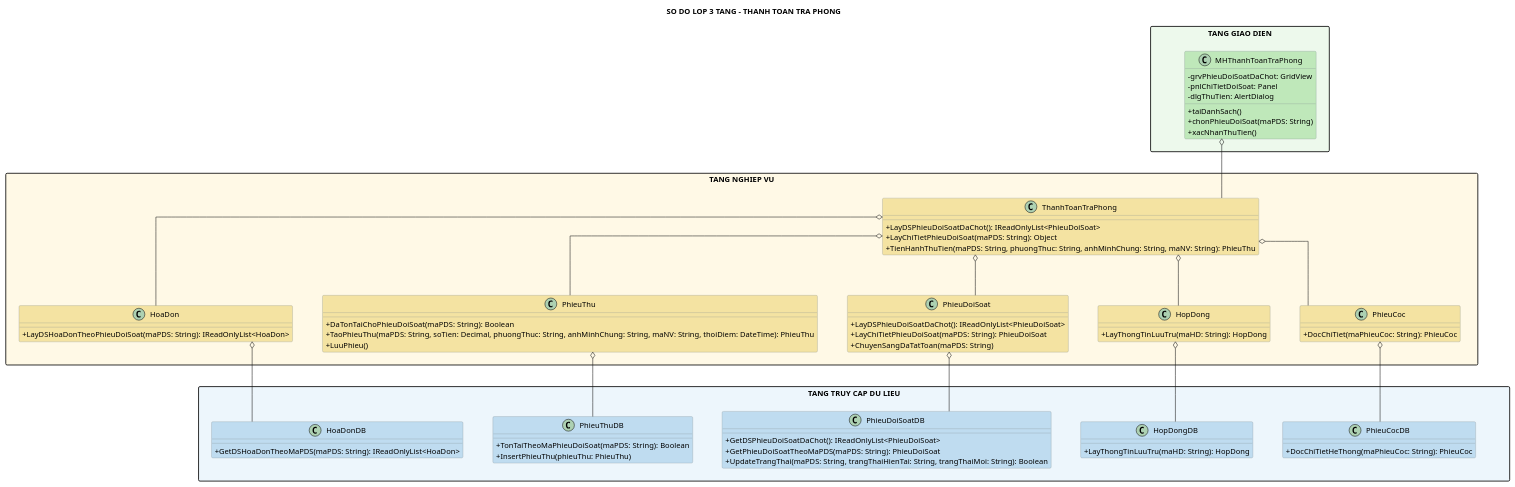
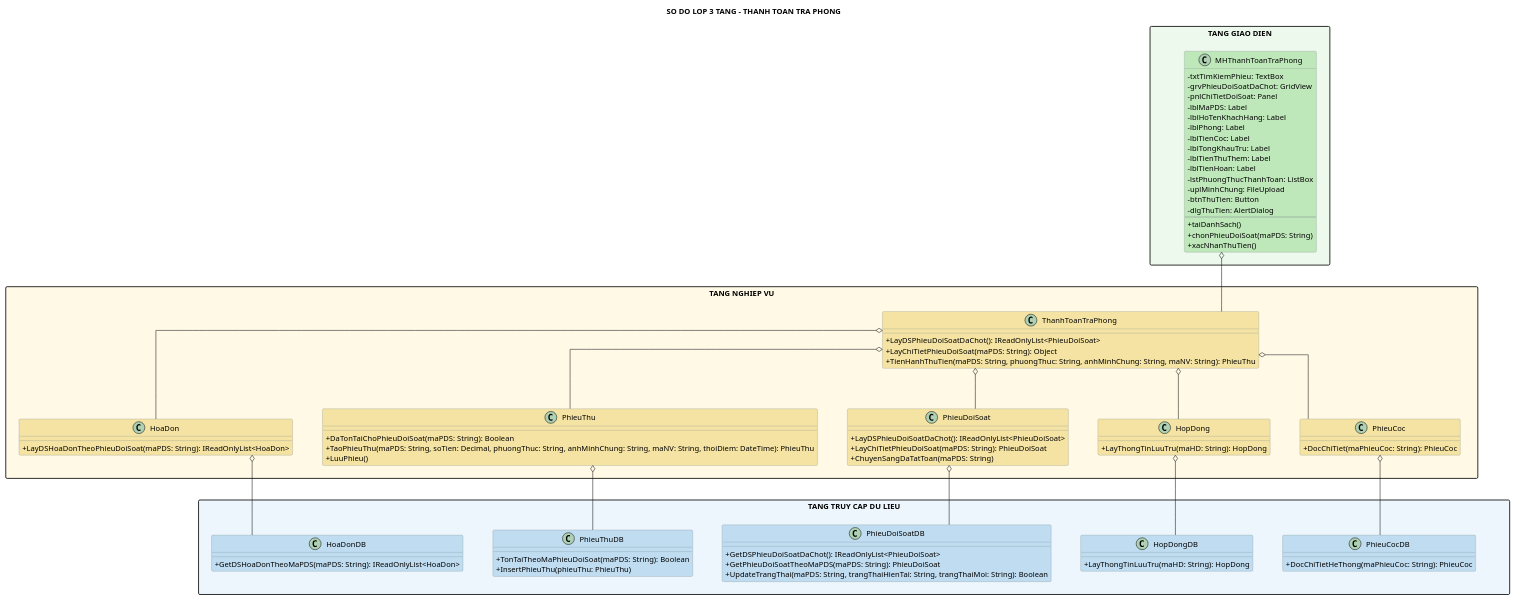
One commit to Ming1309/HomeStay-Dorm changed the diagram in docs/uml/thanh-toan-tra-phong-class.puml. Above: the diagram before and after it, drawn with PlantUML. The commit also changed 64 other files, not shown here.

Commit message:
feat(uml): add validation script to enforce UML consistency and fix diagnostic errors

```diff
--- a/docs/uml/thanh-toan-tra-phong-class.puml
+++ b/docs/uml/thanh-toan-tra-phong-class.puml
@@ -1,83 +1,95 @@
 @startuml
 title SO DO LOP 3 TANG - THANH TOAN TRA PHONG
 top to bottom direction
 skinparam shadowing false
 skinparam linetype ortho
 skinparam nodesep 55
 skinparam ranksep 75
 skinparam packageStyle rectangle
 skinparam classAttributeIconSize 0
 skinparam classBorderColor #7F8C8D
 
 package "TANG GIAO DIEN" as GUI_LAYER #EDF9EC {
   class MHThanhToanTraPhong #BFE8BA {
+    - txtTimKiemPhieu: TextBox
     - grvPhieuDoiSoatDaChot: GridView
     - pnlChiTietDoiSoat: Panel
+    - lblMaPDS: Label
+    - lblHoTenKhachHang: Label
+    - lblPhong: Label
+    - lblTienCoc: Label
+    - lblTongKhauTru: Label
+    - lblTienThuThem: Label
+    - lblTienHoan: Label
+    - lstPhuongThucThanhToan: ListBox
+    - uplMinhChung: FileUpload
+    - btnThuTien: Button
     - dlgThuTien: AlertDialog
+    --
     + taiDanhSach()
     + chonPhieuDoiSoat(maPDS: String)
     + xacNhanThuTien()
   }
 }
 package "TANG NGHIEP VU" as BUS_LAYER #FFF9E6 {
   class ThanhToanTraPhong #F4E3A2 {
     + LayDSPhieuDoiSoatDaChot(): IReadOnlyList<PhieuDoiSoat>
     + LayChiTietPhieuDoiSoat(maPDS: String): Object
     + TienHanhThuTien(maPDS: String, phuongThuc: String, anhMinhChung: String, maNV: String): PhieuThu
   }
   class PhieuDoiSoat #F4E3A2 {
     + LayDSPhieuDoiSoatDaChot(): IReadOnlyList<PhieuDoiSoat>
     + LayChiTietPhieuDoiSoat(maPDS: String): PhieuDoiSoat
     + ChuyenSangDaTatToan(maPDS: String)
   }
   class HopDong #F4E3A2 {
     + LayThongTinLuuTru(maHD: String): HopDong
   }
   class PhieuCoc #F4E3A2 {
     + DocChiTiet(maPhieuCoc: String): PhieuCoc
   }
   class HoaDon #F4E3A2 {
     + LayDSHoaDonTheoPhieuDoiSoat(maPDS: String): IReadOnlyList<HoaDon>
   }
   class PhieuThu #F4E3A2 {
     + DaTonTaiChoPhieuDoiSoat(maPDS: String): Boolean
     + TaoPhieuThu(maPDS: String, soTien: Decimal, phuongThuc: String, anhMinhChung: String, maNV: String, thoiDiem: DateTime): PhieuThu
     + LuuPhieu()
   }
 }
 package "TANG TRUY CAP DU LIEU" as DAL_LAYER #EDF6FC {
   class PhieuDoiSoatDB #BFDCF0 {
     + GetDSPhieuDoiSoatDaChot(): IReadOnlyList<PhieuDoiSoat>
     + GetPhieuDoiSoatTheoMaPDS(maPDS: String): PhieuDoiSoat
     + UpdateTrangThai(maPDS: String, trangThaiHienTai: String, trangThaiMoi: String): Boolean
   }
   class HopDongDB #BFDCF0 {
     + LayThongTinLuuTru(maHD: String): HopDong
   }
   class PhieuCocDB #BFDCF0 {
     + DocChiTietHeThong(maPhieuCoc: String): PhieuCoc
   }
   class HoaDonDB #BFDCF0 {
     + GetDSHoaDonTheoMaPDS(maPDS: String): IReadOnlyList<HoaDon>
   }
   class PhieuThuDB #BFDCF0 {
     + TonTaiTheoMaPhieuDoiSoat(maPDS: String): Boolean
     + InsertPhieuThu(phieuThu: PhieuThu)
   }
 }
 
 GUI_LAYER -[hidden]down- BUS_LAYER
 BUS_LAYER -[hidden]down- DAL_LAYER
 PhieuThu -[hidden]down- PhieuDoiSoatDB
 MHThanhToanTraPhong o-down- ThanhToanTraPhong
 ThanhToanTraPhong o-- PhieuDoiSoat
 ThanhToanTraPhong o-- HopDong
 ThanhToanTraPhong o-- PhieuCoc
 ThanhToanTraPhong o-- HoaDon
 ThanhToanTraPhong o-- PhieuThu
 PhieuDoiSoat o-down- PhieuDoiSoatDB
 HopDong o-down- HopDongDB
 PhieuCoc o-down- PhieuCocDB
 HoaDon o-down- HoaDonDB
 PhieuThu o-down- PhieuThuDB
 @enduml
```
